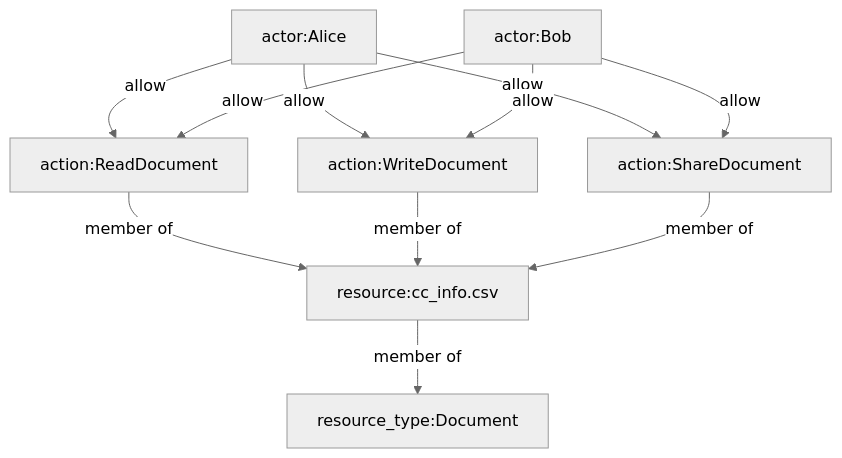
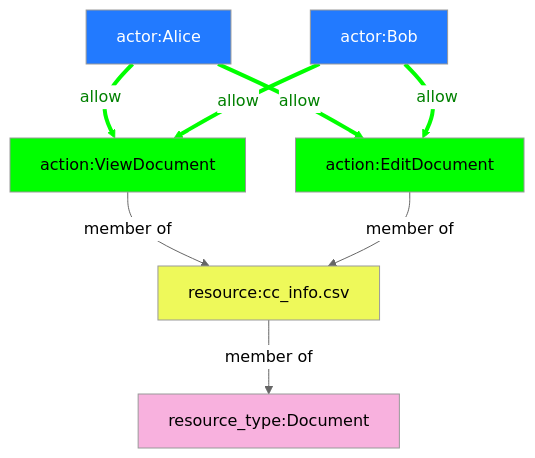
Before and after one commit to graydenshand/permission-graph: the second of 5 diagrams in docs/index.md, drawn with Mermaid (neutral theme). The commit also changed other lines of this file and 9 other files, not shown here.

Commit message:
Graph utils and mermaid diagram styles

````diff
--- a/docs/index.md
+++ b/docs/index.md
@@ -108,23 +105,31 @@
     ```mermaid
     flowchart
         alice[actor:Alice]
         bob[actor:Bob]
         document[resource:cc_info.csv]
-        read[action:ReadDocument]
-        write[action:WriteDocument]
-        share[action:ShareDocument]
+        view[action:ViewDocument]
+        edit[action:EditDocument]
         document_type[resource_type:Document]
 
         document-->|member of|document_type
 
-        read-->|member of|document
-        write-->|member of|document
-        share-->|member of|document
+        view-->|member of|document
+        edit-->|member of|document
 
-        alice-->|allow|read
-        alice-->|allow|write
-        alice-->|allow|share
-        bob-->|allow|read
-        bob-->|allow|write
-        bob-->|allow|share
+        alice-->|allow|view
+        alice-->|allow|edit
+        bob-->|allow|view
+        bob-->|allow|edit
+
+
+        style alice fill:#227aff,color:#FFF
+        style bob fill:#227aff,color:#FFF
+        style view fill:#0F0
+        style edit fill:#0F0
+        style document fill:#eef95a
+        style document_type fill:#f8b1de
+        linkStyle 3 stroke:#0f0,stroke-width:4px,color:green;
+        linkStyle 4 stroke:#0f0,stroke-width:4px,color:green;
+        linkStyle 5 stroke:#0f0,stroke-width:4px,color:green;
+        linkStyle 6 stroke:#0f0,stroke-width:4px,color:green;
     ```
````
